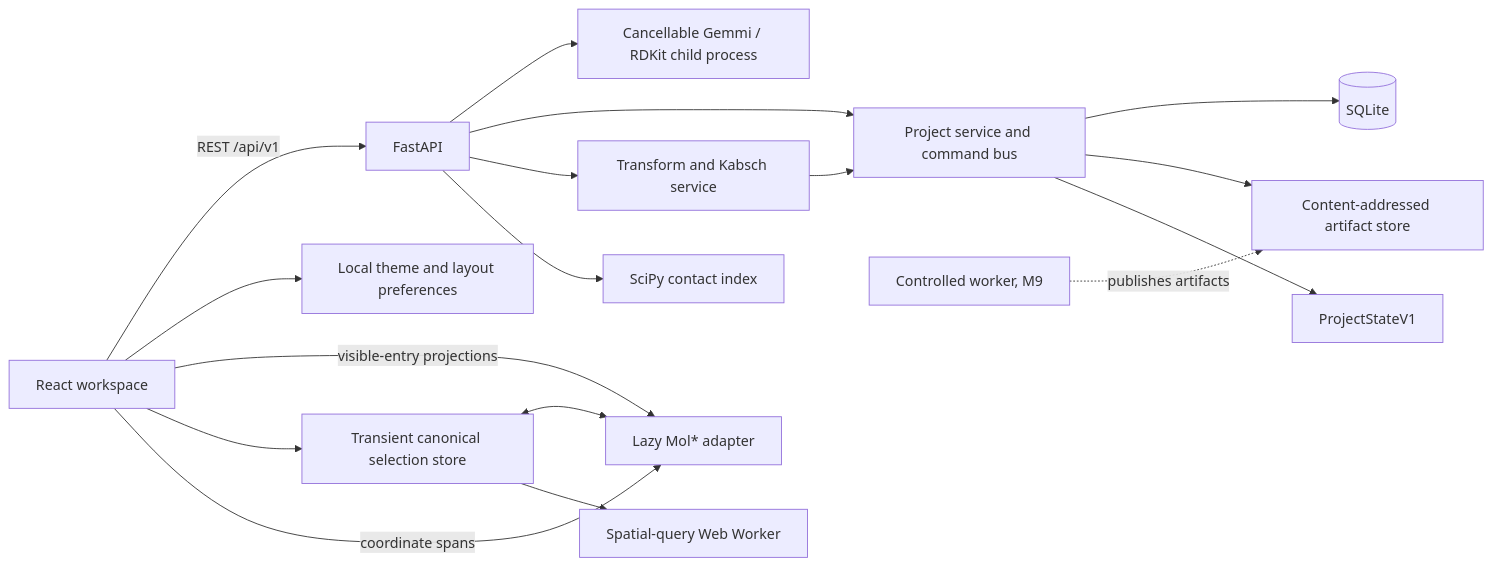
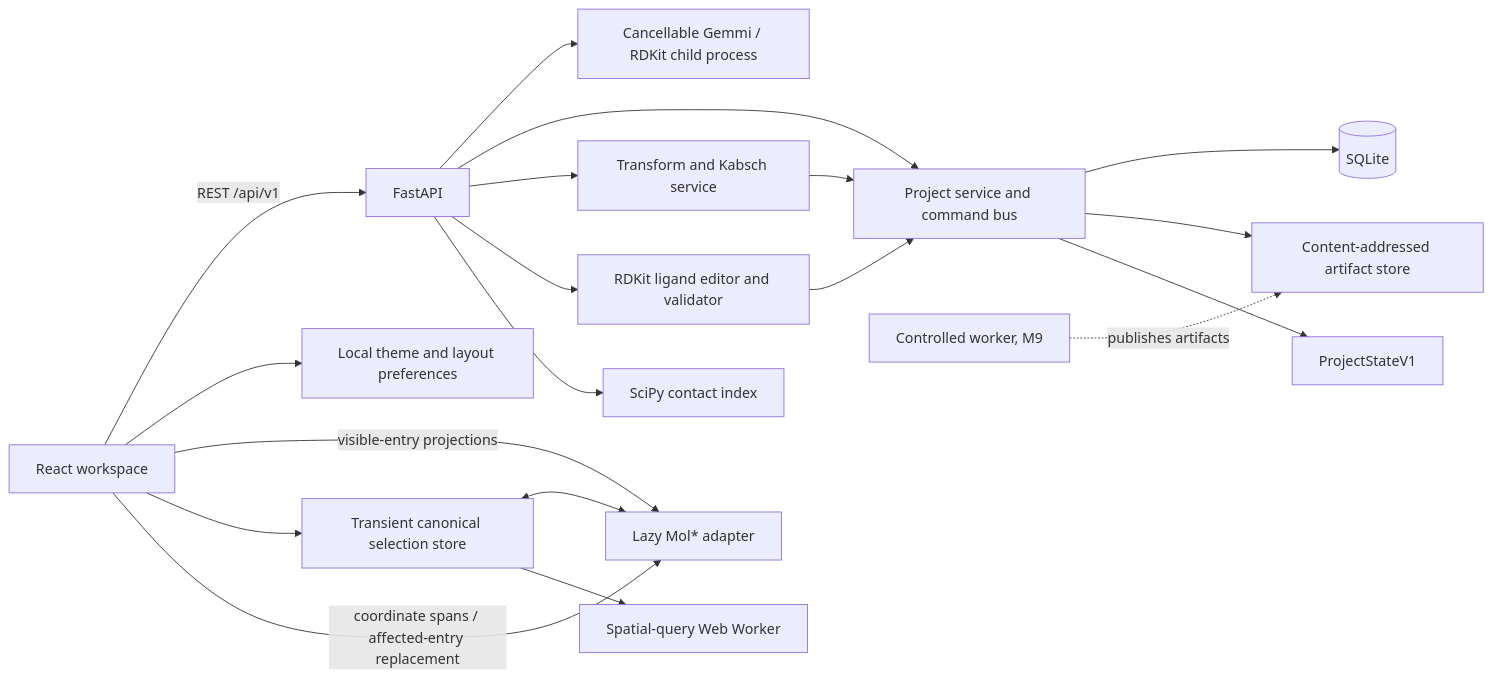
Before and after one commit to ManuelSe/Neistra: the diagram in README.md, drawn with Mermaid. The commit also changed other lines of this file and 8 other files, not shown here.

````diff
--- a/README.md
+++ b/README.md
@@ -47,19 +48,21 @@
 ```mermaid
 flowchart LR
     UI[React workspace] -->|REST /api/v1| API[FastAPI]
     UI --> PREFS[Local theme and layout preferences]
     API --> PARSE[Cancellable Gemmi / RDKit child process]
     API --> PS[Project service and command bus]
     API --> COORD[Transform and Kabsch service]
+    API --> EDIT[RDKit ligand editor and validator]
     COORD --> PS
+    EDIT --> PS
     PS --> DB[(SQLite)]
     PS --> ART[Content-addressed artifact store]
     PS --> STATE[ProjectStateV1]
     UI -->|visible-entry projections| VIEWER[Lazy Mol* adapter]
     UI --> SELECT[Transient canonical selection store]
     SELECT <--> VIEWER
     SELECT --> WORKER[Spatial-query Web Worker]
-    UI -->|coordinate spans| VIEWER
+    UI -->|coordinate spans / affected-entry replacement| VIEWER
     API --> CONTACTS[SciPy contact index]
     JOBS[Controlled worker, M9] -. publishes artifacts .-> ART
 ```
````
